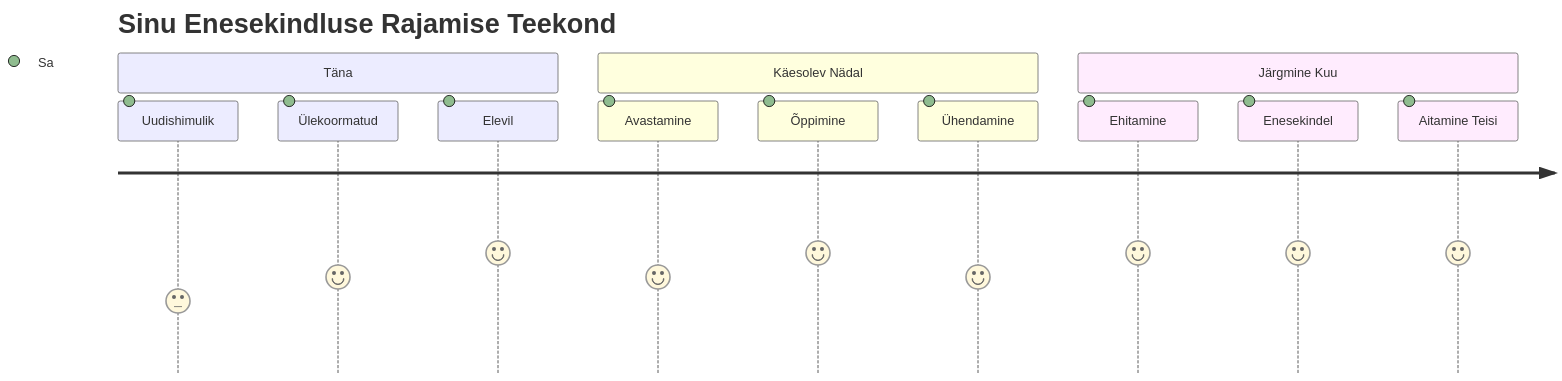
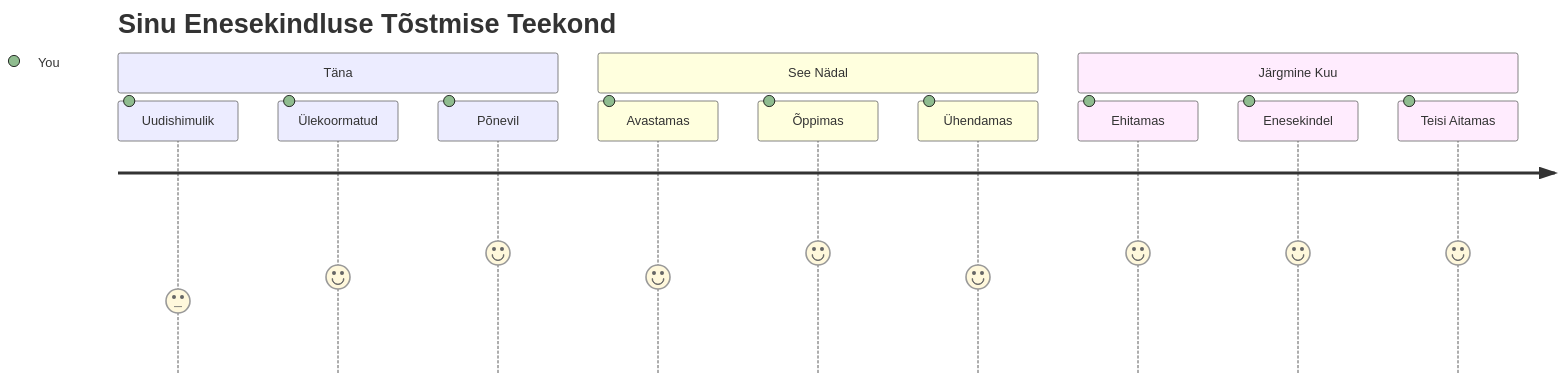
Before and after one commit to microsoft/Web-Dev-For-Beginners: the seventh of 7 diagrams in translations/et/1-getting-started-lessons/1-intro-to-programming-languages/README.md, drawn with Mermaid. The commit also changed other lines of this file and 11 other files, not shown here.

````diff
--- a/translations/et/1-getting-started-lessons/1-intro-to-programming-languages/README.md
+++ b/translations/et/1-getting-started-lessons/1-intro-to-programming-languages/README.md
@@ -825,16 +831,16 @@
 ```mermaid
 journey
-    title Sinu Enesekindluse Rajamise Teekond
+    title Sinu Enesekindluse Tõstmise Teekond
     section Täna
-      Uudishimulik: 3: Sa
-      Ülekoormatud: 4: Sa
-      Elevil: 5: Sa
-    section Käesolev Nädal
-      Avastamine: 4: Sa
-      Õppimine: 5: Sa
-      Ühendamine: 4: Sa
+      Uudishimulik: 3: You
+      Ülekoormatud: 4: You
+      Põnevil: 5: You
+    section See Nädal
+      Avastamas: 4: You
+      Õppimas: 5: You
+      Ühendamas: 4: You
     section Järgmine Kuu
-      Ehitamine: 5: Sa
-      Enesekindel: 5: Sa
-      Aitamine Teisi: 5: Sa
+      Ehitamas: 5: You
+      Enesekindel: 5: You
+      Teisi Aitamas: 5: You
 ```
````
